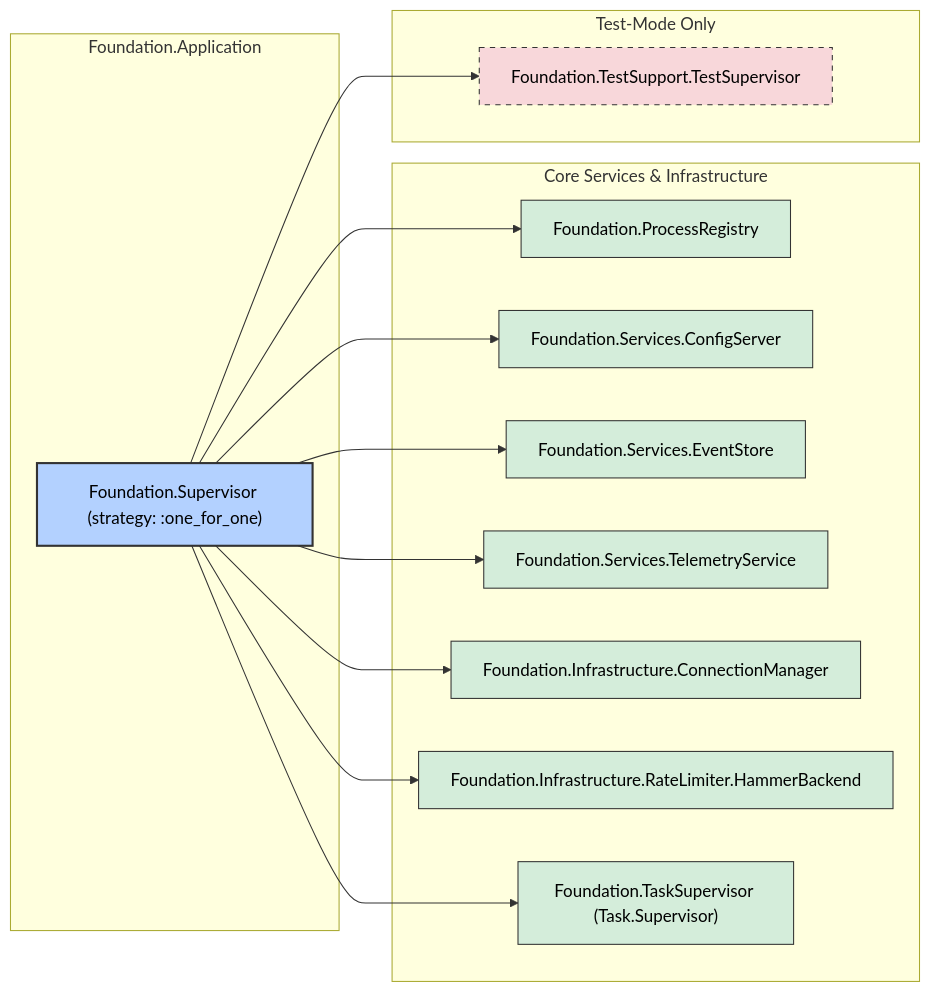
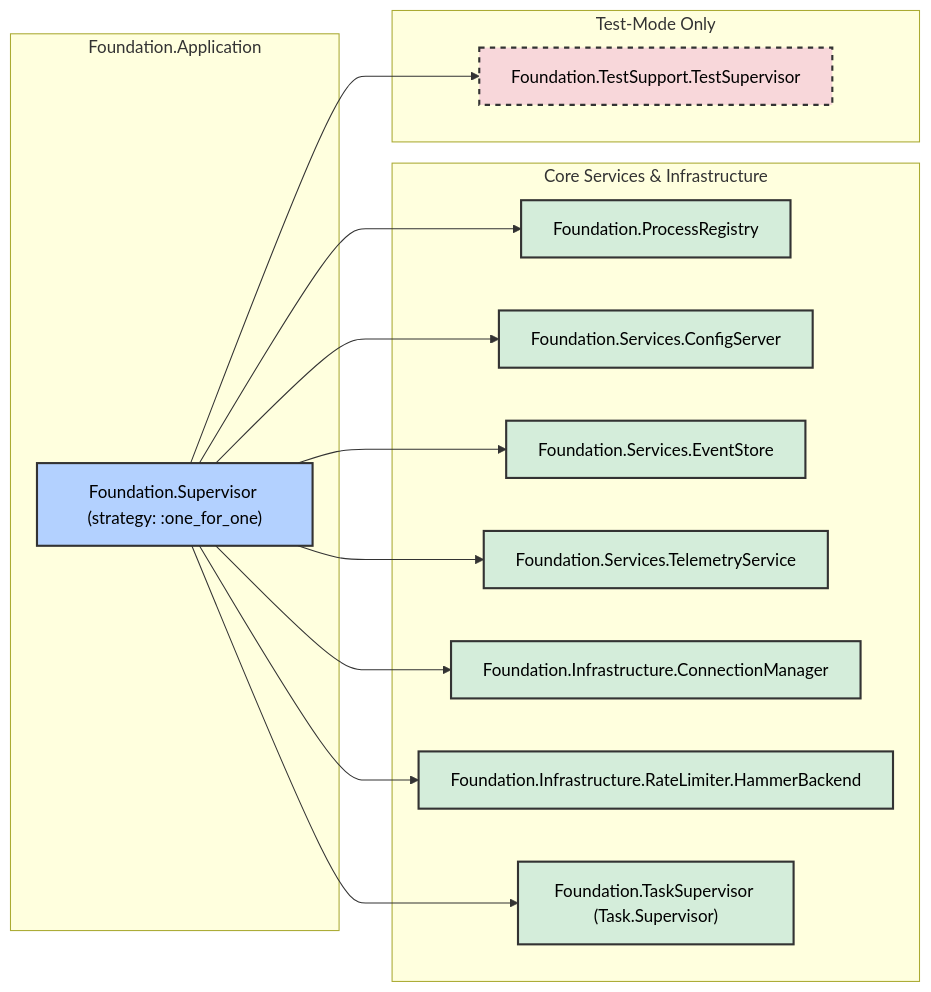
One commit to nshkrdotcom/foundation changed the second of 11 diagrams in docs/ARCH_DIAGS.md. Above: the diagram before and after it, drawn with Mermaid. The commit also changed other lines of this file, not shown here.

````diff
--- a/docs/ARCH_DIAGS.md
+++ b/docs/ARCH_DIAGS.md
@@ -91,39 +91,39 @@
 ```mermaid
 graph LR
     subgraph "Foundation.Application"
         Supervisor["Foundation.Supervisor (strategy: :one_for_one)"]
     end
 
     subgraph "Core&nbsp;Services&nbsp;&&nbsp;Infrastructure"
         Reg["Foundation.ProcessRegistry"]
         CfgSrv["Foundation.Services.ConfigServer"]
         EvtStore["Foundation.Services.EventStore"]
         TelSrv["Foundation.Services.TelemetryService"]
         ConnMgr["Foundation.Infrastructure.ConnectionManager"]
         Hammer["Foundation.Infrastructure.RateLimiter.HammerBackend"]
         TaskSup["Foundation.TaskSupervisor (Task.Supervisor)"]
     end
 
     subgraph "Test-Mode Only"
         TestSup["Foundation.TestSupport.TestSupervisor"]
     end
 
     Supervisor --> Reg
     Supervisor --> CfgSrv
     Supervisor --> EvtStore
     Supervisor --> TelSrv
     Supervisor --> ConnMgr
     Supervisor --> Hammer
     Supervisor --> TaskSup
     Supervisor --> TestSup
 
-    style Supervisor fill:#b3d1ff,stroke:#333,stroke-width:2px,color:#000
-    style Reg fill:#d4edda,stroke:#333,stroke-width:1px,color:#000
-    style CfgSrv fill:#d4edda,stroke:#333,stroke-width:1px,color:#000
-    style EvtStore fill:#d4edda,stroke:#333,stroke-width:1px,color:#000
-    style TelSrv fill:#d4edda,stroke:#333,stroke-width:1px,color:#000
-    style ConnMgr fill:#d4edda,stroke:#333,stroke-width:1px,color:#000
-    style Hammer fill:#d4edda,stroke:#333,stroke-width:1px,color:#000
-    style TaskSup fill:#d4edda,stroke:#333,stroke-width:1px,color:#000
-    style TestSup fill:#f8d7da,stroke:#333,stroke-width:1px,stroke-dasharray: 5 5,color:#000
+    style Supervisor fill:#b3d1ff,stroke:#333,stroke-width:2,color:#000
+    style Reg fill:#d4edda,stroke:#333,stroke-width:2,color:#000
+    style CfgSrv fill:#d4edda,stroke:#333,stroke-width:2,color:#000
+    style EvtStore fill:#d4edda,stroke:#333,stroke-width:2,color:#000
+    style TelSrv fill:#d4edda,stroke:#333,stroke-width:2,color:#000
+    style ConnMgr fill:#d4edda,stroke:#333,stroke-width:2,color:#000
+    style Hammer fill:#d4edda,stroke:#333,stroke-width:2,color:#000
+    style TaskSup fill:#d4edda,stroke:#333,stroke-width:2,color:#000
+    style TestSup fill:#f8d7da,stroke:#333,stroke-width:2,stroke-dasharray: 5 5,color:#000
 ```
````
